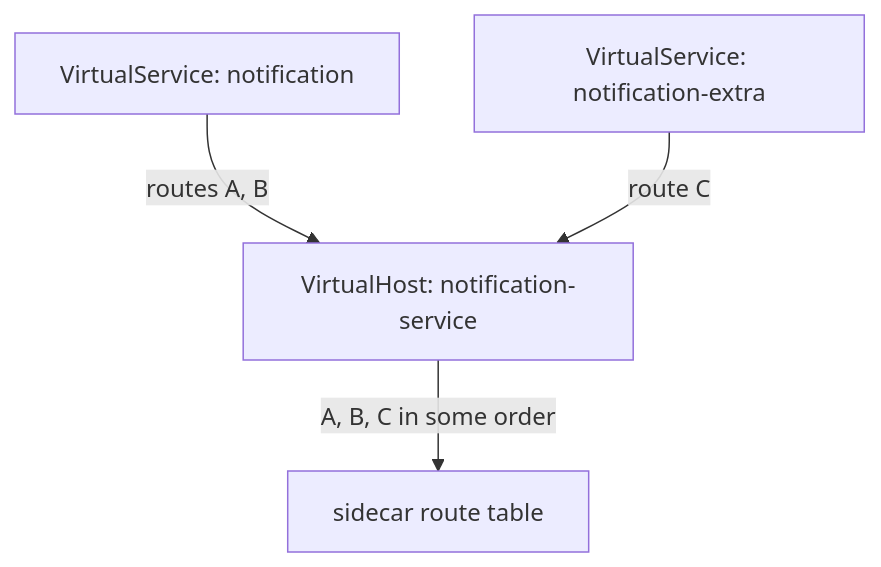
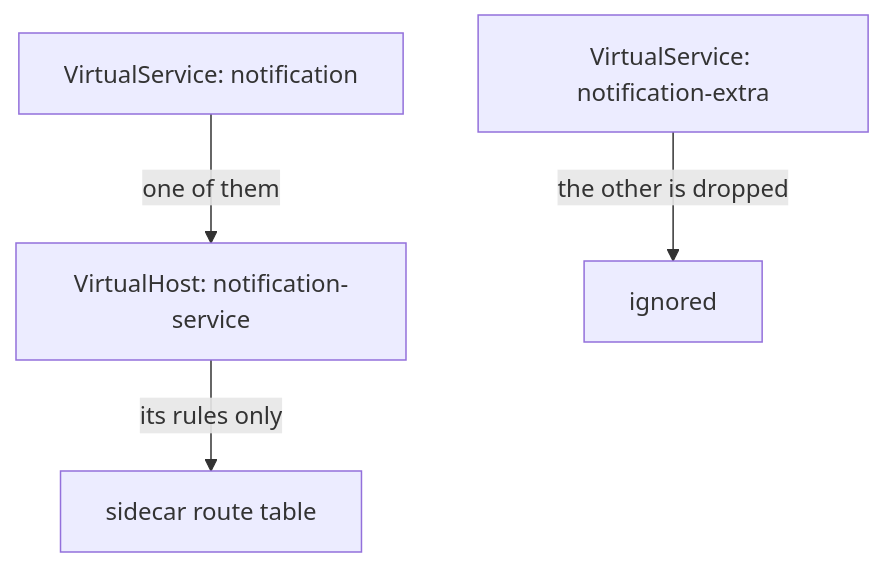
Before and after one commit to astrona-io/ATS016: the first of 2 diagrams in sections/section-020/module-01/course-02-host-ownership-and-merging.md, drawn with Mermaid. The commit also changed other lines of this file and 25 other files, not shown here.

````diff
--- a/sections/section-020/module-01/course-02-host-ownership-and-merging.md
+++ b/sections/section-020/module-01/course-02-host-ownership-and-merging.md
@@ -34,6 +30,6 @@
 ```mermaid
 flowchart TB
-    A["VirtualService: notification"] -->|"routes A, B"| VH["VirtualHost: notification-service"]
-    B["VirtualService: notification-extra"] -->|"route C"| VH
-    VH -->|"A, B, C in some order"| P["sidecar route table"]
+    A["VirtualService: notification"] -->|"one of them"| VH["VirtualHost: notification-service"]
+    B["VirtualService: notification-extra"] -->|"the other is dropped"| X["ignored"]
+    VH -->|"its rules only"| P["sidecar route table"]
 ```
````
